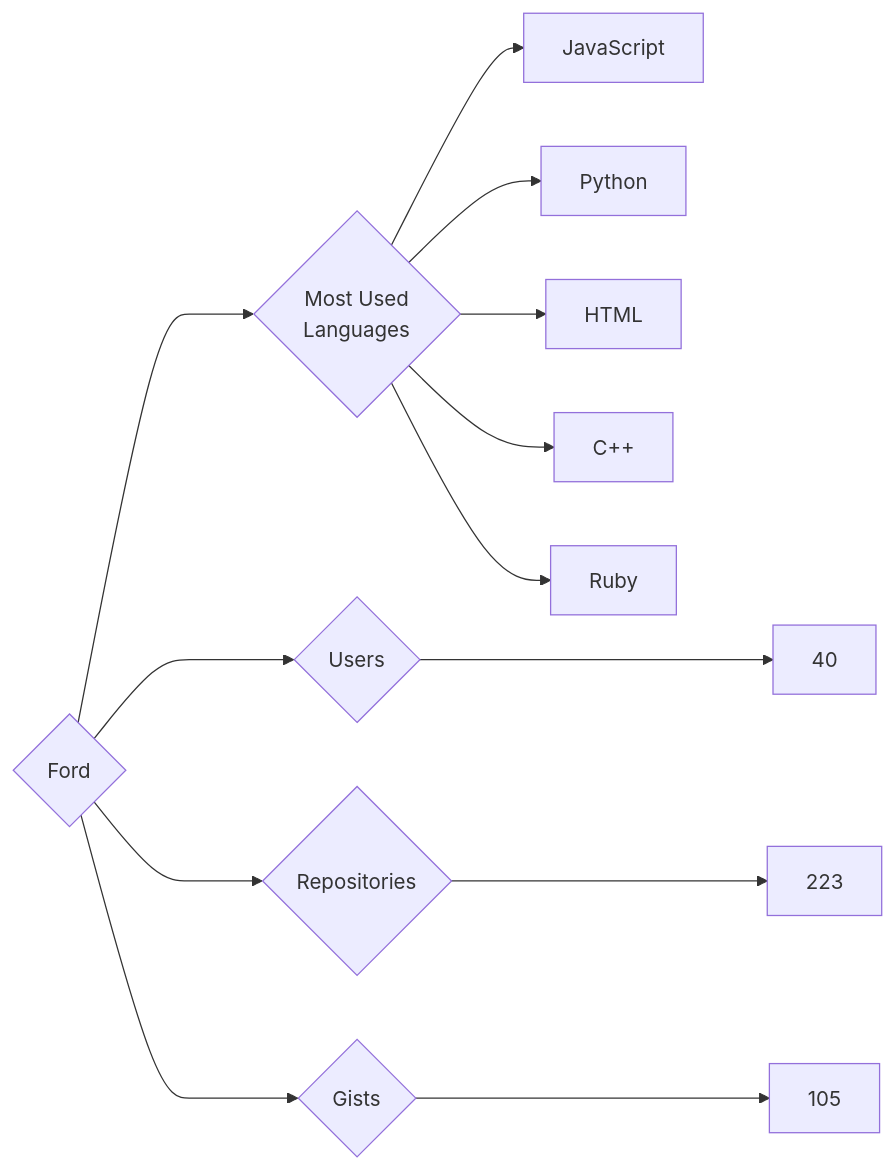
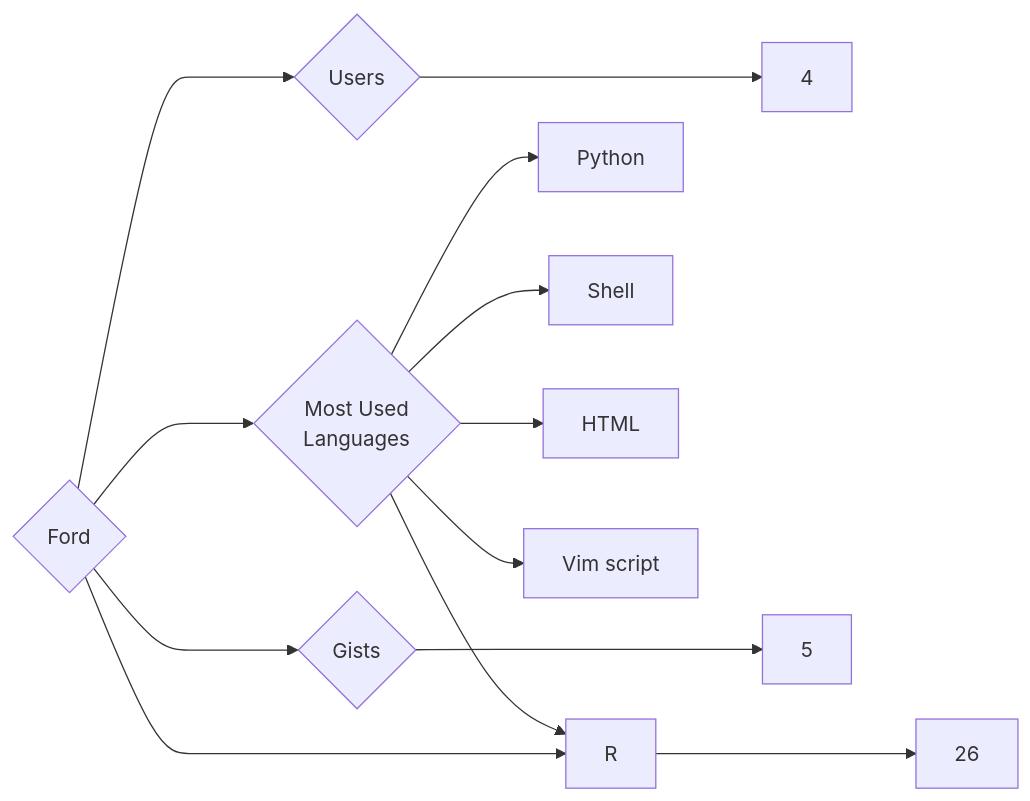
The diagram in targets/Ford/README.md (trickest/insiders), drawn with Mermaid before and after one commit. The commit also changed 809 other files, not shown here.

````diff
--- a/targets/Ford/README.md
+++ b/targets/Ford/README.md
@@ -3,13 +3,13 @@
 ```mermaid
 graph LR
 COMPANY_NAME{Ford}
-COMPANY_NAME ---> U{Users} ---> UN[40]
-COMPANY_NAME ---> R{Repositories} ---> RN[223]
-COMPANY_NAME ---> G{Gists} ---> GN[105]
+COMPANY_NAME ---> U{Users} ---> UN[4]
+COMPANY_NAME ---> R{Repositories} ---> RN[26]
+COMPANY_NAME ---> G{Gists} ---> GN[5]
 COMPANY_NAME ---> ML{Most Used<br>Languages}
-ML --> JavaScript[JavaScript]
 ML --> Python[Python]
+ML --> Shell[Shell]
+ML --> R[R]
 ML --> HTML[HTML]
-ML --> C++[C++]
-ML --> Ruby[Ruby]
+ML --> Vim_script[Vim script]
 ```
````
